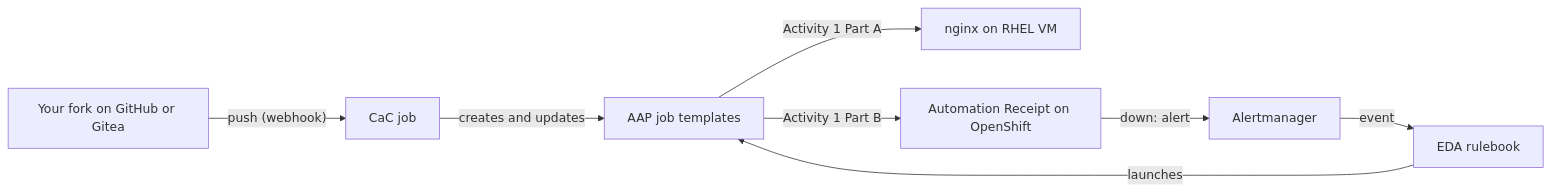
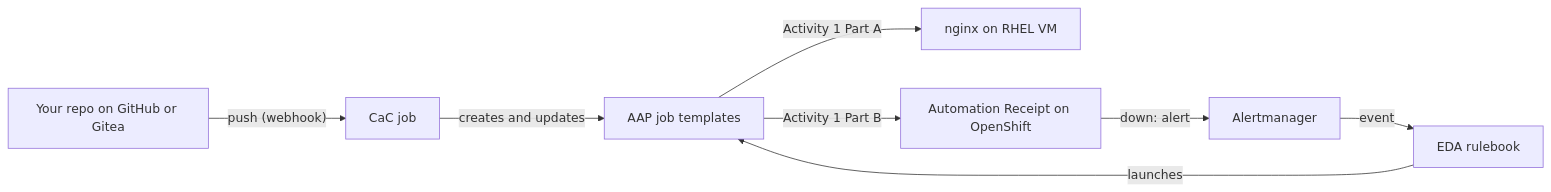
The diagram in README.md (Meza1923/AAP-WorkShop), drawn with Mermaid before and after one commit. The commit also changed other lines of this file and 11 other files, not shown here.

````diff
--- a/README.md
+++ b/README.md
@@ -15,10 +15,10 @@
 ```mermaid
 flowchart LR
-    Git["Your fork on GitHub or Gitea"] -- "push (webhook)" --> CaC["CaC job"]
+    Git["Your repo on GitHub or Gitea"] -- "push (webhook)" --> CaC["CaC job"]
     CaC -- "creates and updates" --> AAP["AAP job templates"]
     AAP -- "Activity 1 Part A" --> VM["nginx on RHEL VM"]
     AAP -- "Activity 1 Part B" --> App["Automation Receipt on OpenShift"]
     App -- "down: alert" --> AM["Alertmanager"]
     AM -- "event" --> EDA["EDA rulebook"]
     EDA -- "launches" --> AAP
 ```
````
